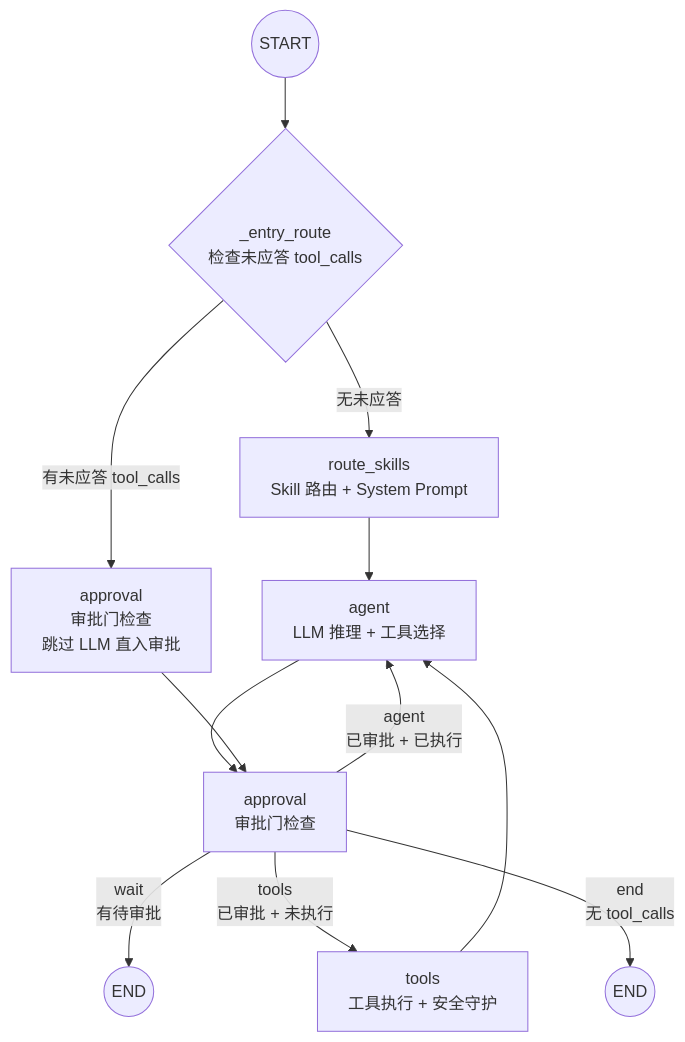
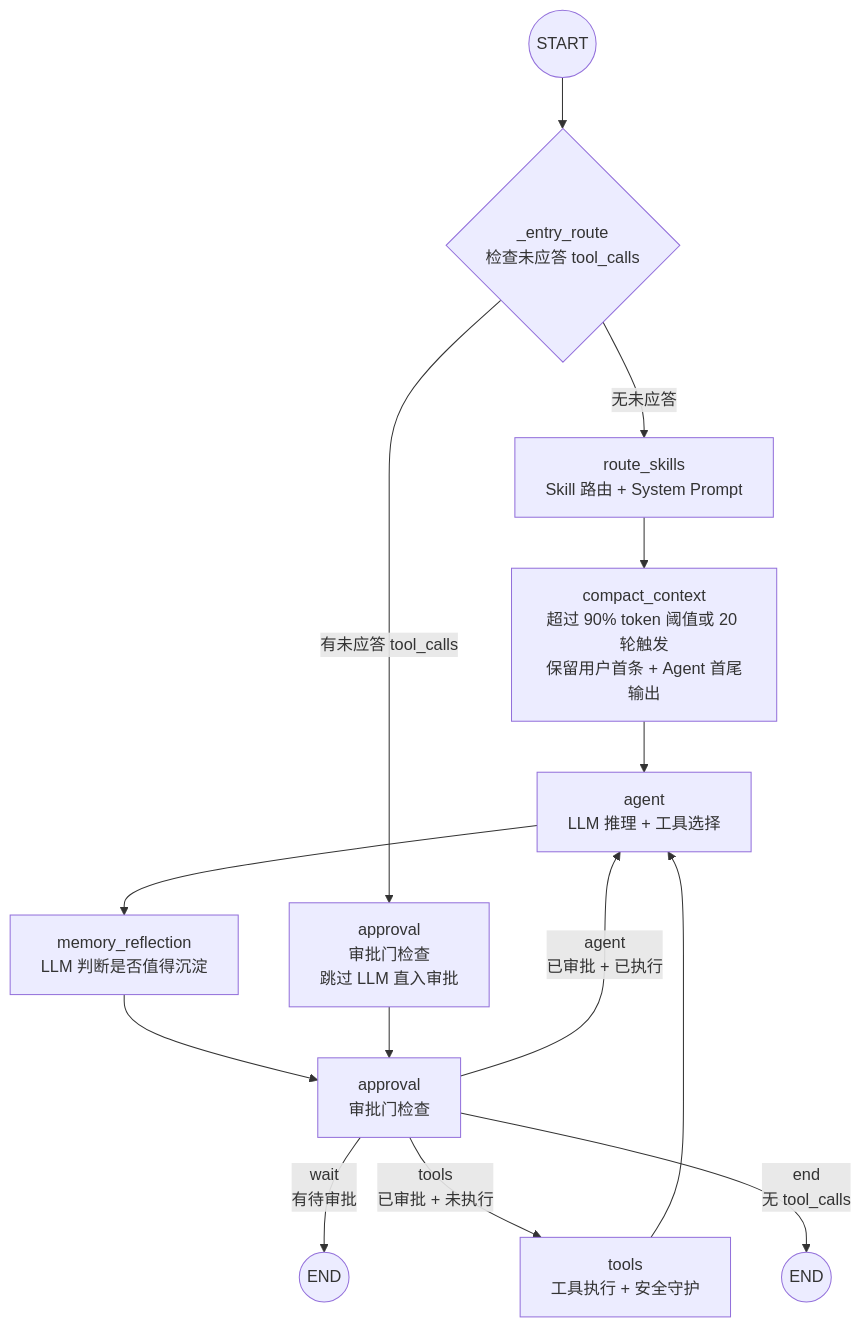
The second of 9 diagrams in 技术方案报告.md (YachuanWzh/huamulan-agent), drawn with Mermaid before and after one commit. The commit also changed other lines of this file and 33 other files, not shown here.

````diff
--- a/技术方案报告.md
+++ b/技术方案报告.md
@@ -217,18 +229,20 @@
 ```mermaid
 flowchart TD
     START((START)) --> ER{_entry_route<br/>检查未应答 tool_calls}
 
     ER -->|"无未应答"| RS[route_skills<br/>Skill 路由 + System Prompt]
     ER -->|"有未应答 tool_calls"| AP[approval<br/>审批门检查<br/>跳过 LLM 直入审批]
 
-    RS --> AG[agent<br/>LLM 推理 + 工具选择]
-    AG --> AP2[approval<br/>审批门检查]
+    RS --> CC[compact_context<br/>超过 90% token 阈值或 20 轮触发<br/>保留用户首条 + Agent 首尾输出]
+    CC --> AG[agent<br/>LLM 推理 + 工具选择]
+    AG --> MR[memory_reflection<br/>LLM 判断是否值得沉淀]
+    MR --> AP2[approval<br/>审批门检查]
 
     AP --> AP2
     AP2 -->|"wait<br/>有待审批"| WAIT((END))
     AP2 -->|"tools<br/>已审批 + 未执行"| TL[tools<br/>工具执行 + 安全守护]
     AP2 -->|"agent<br/>已审批 + 已执行"| AG
     AP2 -->|"end<br/>无 tool_calls"| ENDP((END))
 
     TL --> AG
 ```
````
